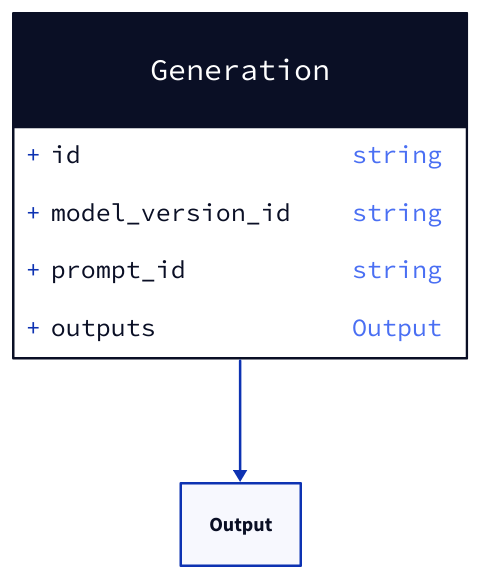
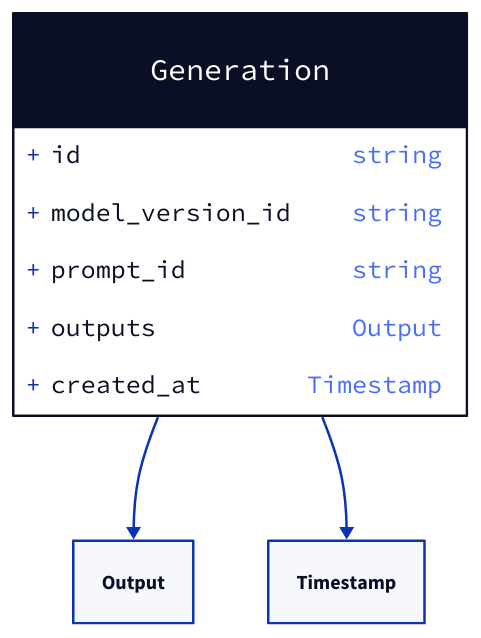
The diagram in proto/llm/v1/generation.d2 (tmc/language-model-management), drawn with D2 before and after one commit. The commit also changed 17 other files, not shown here.

```diff
--- a/proto/llm/v1/generation.d2
+++ b/proto/llm/v1/generation.d2
@@ -1,12 +1,14 @@
 
 # Package - llm.v1
 
 # Class - Generation
 Generation: {
   shape: class
   id: string
   model_version_id: string
   prompt_id: string
   outputs: Output
+  created_at: Timestamp
 }
 Generation -> Output
+Generation -> Timestamp
```
